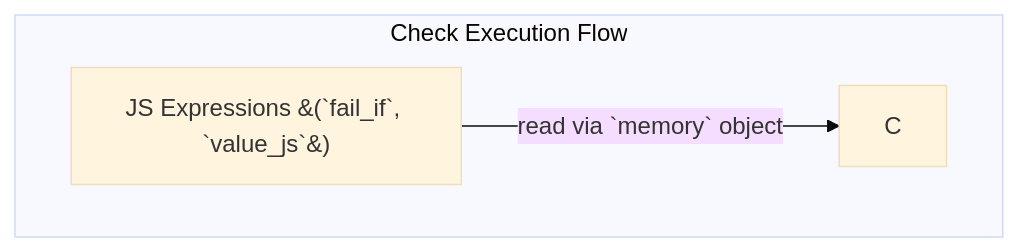
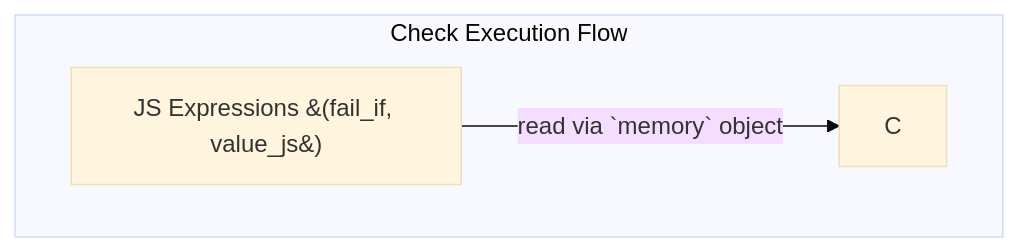
Before and after one commit to probelabs/mermaid-lint: diagram 53 of 54 in test-fixtures/flowchart/INVALID_DIAGRAMS.md, drawn with Mermaid (base theme). The commit also changed other lines of this file and 2 other files, not shown here.

````diff
--- a/test-fixtures/flowchart/INVALID_DIAGRAMS.md
+++ b/test-fixtures/flowchart/INVALID_DIAGRAMS.md
@@ -3935,8 +3953,8 @@
 ```mermaid
 flowchart TD
   subgraph "Check Execution Flow"
-    G[JS Expressions &#40;`fail_if`, `value_js`&#41;] -- read via `memory` object --> C
+    G[JS Expressions &#40;fail_if, value_js&#41;] -- read via `memory` object --> C
   end
 
 
 ```
````
